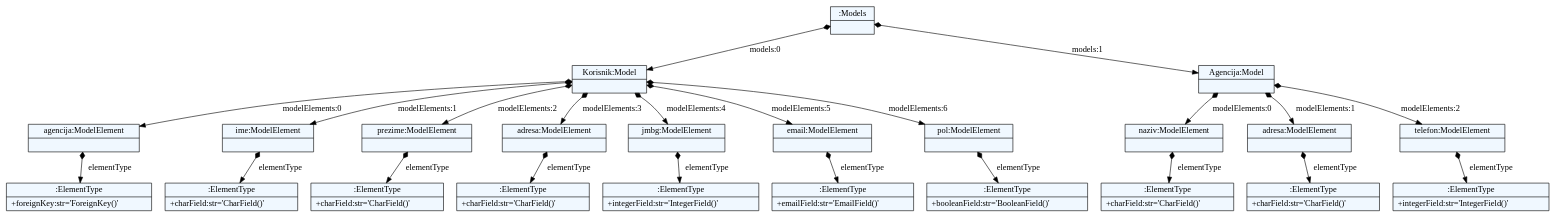
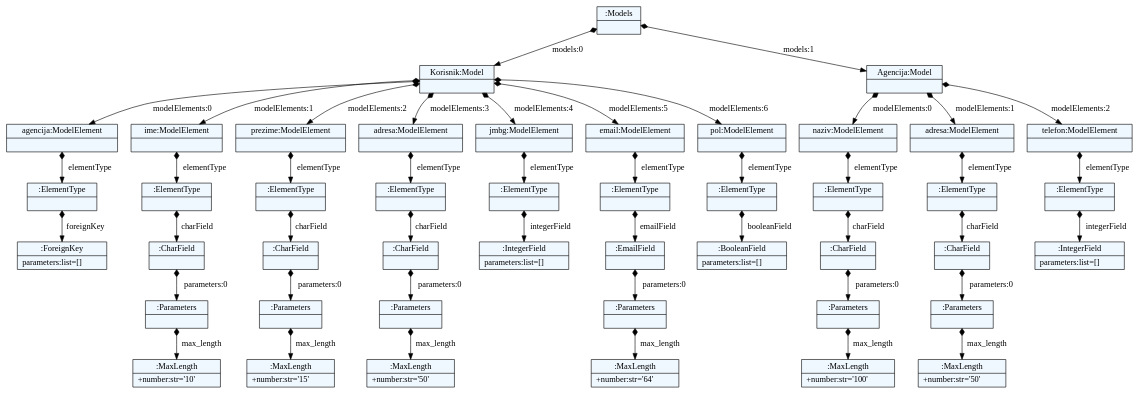
Before and after one commit to jovana992/jsd2017: the diagram in JSD/test.dot, drawn with Graphviz. The commit also changed 4 other files, not shown here.

Commit message:
Added max_length parameter for elementTypes.

```diff
--- a/JSD/test.dot
+++ b/JSD/test.dot
@@ -1,60 +1,104 @@
 
     digraph xtext {
     fontname = "Bitstream Vera Sans"
     fontsize = 8
     node[
         shape=record,
         style=filled,
         fillcolor=aliceblue
     ]
     nodesep = 0.3
     edge[dir=black,arrowtail=empty]
 
 
-1345904507928 -> 1345904508376 [label="models:0" arrowtail=diamond dir=both]
-1345904508376 -> 1345904496712 [label="modelElements:0" arrowtail=diamond dir=both]
-1345904496712 -> 1345904496880 [label="elementType" arrowtail=diamond dir=both]
-1345904496880[label="{:ElementType|+foreignKey:str='ForeignKey()'\l}"]
-1345904496712[label="{agencija:ModelElement|}"]
-1345904508376 -> 1345904496768 [label="modelElements:1" arrowtail=diamond dir=both]
-1345904496768 -> 1345904497048 [label="elementType" arrowtail=diamond dir=both]
-1345904497048[label="{:ElementType|+charField:str='CharField()'\l}"]
-1345904496768[label="{ime:ModelElement|}"]
-1345904508376 -> 1345904496824 [label="modelElements:2" arrowtail=diamond dir=both]
-1345904496824 -> 1345904497160 [label="elementType" arrowtail=diamond dir=both]
-1345904497160[label="{:ElementType|+charField:str='CharField()'\l}"]
-1345904496824[label="{prezime:ModelElement|}"]
-1345904508376 -> 1345904496936 [label="modelElements:3" arrowtail=diamond dir=both]
-1345904496936 -> 1345904497272 [label="elementType" arrowtail=diamond dir=both]
-1345904497272[label="{:ElementType|+charField:str='CharField()'\l}"]
-1345904496936[label="{adresa:ModelElement|}"]
-1345904508376 -> 1345904496992 [label="modelElements:4" arrowtail=diamond dir=both]
-1345904496992 -> 1345904497384 [label="elementType" arrowtail=diamond dir=both]
-1345904497384[label="{:ElementType|+integerField:str='IntegerField()'\l}"]
-1345904496992[label="{jmbg:ModelElement|}"]
-1345904508376 -> 1345904497104 [label="modelElements:5" arrowtail=diamond dir=both]
-1345904497104 -> 1345904497496 [label="elementType" arrowtail=diamond dir=both]
-1345904497496[label="{:ElementType|+emailField:str='EmailField()'\l}"]
-1345904497104[label="{email:ModelElement|}"]
-1345904508376 -> 1345904497216 [label="modelElements:6" arrowtail=diamond dir=both]
-1345904497216 -> 1345904497608 [label="elementType" arrowtail=diamond dir=both]
-1345904497608[label="{:ElementType|+booleanField:str='BooleanField()'\l}"]
-1345904497216[label="{pol:ModelElement|}"]
-1345904508376[label="{Korisnik:Model|}"]
-1345904507928 -> 1345904485824 [label="models:1" arrowtail=diamond dir=both]
-1345904485824 -> 1345904497328 [label="modelElements:0" arrowtail=diamond dir=both]
-1345904497328 -> 1345904497664 [label="elementType" arrowtail=diamond dir=both]
-1345904497664[label="{:ElementType|+charField:str='CharField()'\l}"]
-1345904497328[label="{naziv:ModelElement|}"]
-1345904485824 -> 1345904497552 [label="modelElements:1" arrowtail=diamond dir=both]
-1345904497552 -> 1345904497888 [label="elementType" arrowtail=diamond dir=both]
-1345904497888[label="{:ElementType|+charField:str='CharField()'\l}"]
-1345904497552[label="{adresa:ModelElement|}"]
-1345904485824 -> 1345904497720 [label="modelElements:2" arrowtail=diamond dir=both]
-1345904497720 -> 1345904498000 [label="elementType" arrowtail=diamond dir=both]
-1345904498000[label="{:ElementType|+integerField:str='IntegerField()'\l}"]
-1345904497720[label="{telefon:ModelElement|}"]
-1345904485824[label="{Agencija:Model|}"]
-1345904507928[label="{:Models|}"]
+1212414466872 -> 1212414467208 [label="models:0" arrowtail=diamond dir=both]
+1212414467208 -> 1212414460592 [label="modelElements:0" arrowtail=diamond dir=both]
+1212414460592 -> 1212414460368 [label="elementType" arrowtail=diamond dir=both]
+1212414460368 -> 1212414460536 [label="foreignKey" arrowtail=diamond dir=both]
+1212414460536[label="{:ForeignKey|parameters:list=[]\l}"]
+1212414460368[label="{:ElementType|}"]
+1212414460592[label="{agencija:ModelElement|}"]
+1212414467208 -> 1212414460200 [label="modelElements:1" arrowtail=diamond dir=both]
+1212414460200 -> 1212414460648 [label="elementType" arrowtail=diamond dir=both]
+1212414460648 -> 1212414460760 [label="charField" arrowtail=diamond dir=both]
+1212414460760 -> 1212414460984 [label="parameters:0" arrowtail=diamond dir=both]
+1212414460984 -> 1212414461096 [label="max_length" arrowtail=diamond dir=both]
+1212414461096[label="{:MaxLength|+number:str='10'\l}"]
+1212414460984[label="{:Parameters|}"]
+1212414460760[label="{:CharField|}"]
+1212414460648[label="{:ElementType|}"]
+1212414460200[label="{ime:ModelElement|}"]
+1212414467208 -> 1212414460256 [label="modelElements:2" arrowtail=diamond dir=both]
+1212414460256 -> 1212414460816 [label="elementType" arrowtail=diamond dir=both]
+1212414460816 -> 1212414460928 [label="charField" arrowtail=diamond dir=both]
+1212414460928 -> 1212414461320 [label="parameters:0" arrowtail=diamond dir=both]
+1212414461320 -> 1212414461376 [label="max_length" arrowtail=diamond dir=both]
+1212414461376[label="{:MaxLength|+number:str='15'\l}"]
+1212414461320[label="{:Parameters|}"]
+1212414460928[label="{:CharField|}"]
+1212414460816[label="{:ElementType|}"]
+1212414460256[label="{prezime:ModelElement|}"]
+1212414467208 -> 1212414460424 [label="modelElements:3" arrowtail=diamond dir=both]
+1212414460424 -> 1212414461040 [label="elementType" arrowtail=diamond dir=both]
+1212414461040 -> 1212414461208 [label="charField" arrowtail=diamond dir=both]
+1212414461208 -> 1212414461600 [label="parameters:0" arrowtail=diamond dir=both]
+1212414461600 -> 1212414461656 [label="max_length" arrowtail=diamond dir=both]
+1212414461656[label="{:MaxLength|+number:str='50'\l}"]
+1212414461600[label="{:Parameters|}"]
+1212414461208[label="{:CharField|}"]
+1212414461040[label="{:ElementType|}"]
+1212414460424[label="{adresa:ModelElement|}"]
+1212414467208 -> 1212414460704 [label="modelElements:4" arrowtail=diamond dir=both]
+1212414460704 -> 1212414461264 [label="elementType" arrowtail=diamond dir=both]
+1212414461264 -> 1212414461488 [label="integerField" arrowtail=diamond dir=both]
+1212414461488[label="{:IntegerField|parameters:list=[]\l}"]
+1212414461264[label="{:ElementType|}"]
+1212414460704[label="{jmbg:ModelElement|}"]
+1212414467208 -> 1212414460872 [label="modelElements:5" arrowtail=diamond dir=both]
+1212414460872 -> 1212414461544 [label="elementType" arrowtail=diamond dir=both]
+1212414461544 -> 1212414461768 [label="emailField" arrowtail=diamond dir=both]
+1212414461768 -> 1212414461992 [label="parameters:0" arrowtail=diamond dir=both]
+1212414461992 -> 1212414462104 [label="max_length" arrowtail=diamond dir=both]
+1212414462104[label="{:MaxLength|+number:str='64'\l}"]
+1212414461992[label="{:Parameters|}"]
+1212414461768[label="{:EmailField|}"]
+1212414461544[label="{:ElementType|}"]
+1212414460872[label="{email:ModelElement|}"]
+1212414467208 -> 1212414461152 [label="modelElements:6" arrowtail=diamond dir=both]
+1212414461152 -> 1212414461880 [label="elementType" arrowtail=diamond dir=both]
+1212414461880 -> 1212414438592 [label="booleanField" arrowtail=diamond dir=both]
+1212414438592[label="{:BooleanField|parameters:list=[]\l}"]
+1212414461880[label="{:ElementType|}"]
+1212414461152[label="{pol:ModelElement|}"]
+1212414467208[label="{Korisnik:Model|}"]
+1212414466872 -> 1212414467264 [label="models:1" arrowtail=diamond dir=both]
+1212414467264 -> 1212414461432 [label="modelElements:0" arrowtail=diamond dir=both]
+1212414461432 -> 1212414461936 [label="elementType" arrowtail=diamond dir=both]
+1212414461936 -> 1212414462216 [label="charField" arrowtail=diamond dir=both]
+1212414462216 -> 1212414462440 [label="parameters:0" arrowtail=diamond dir=both]
+1212414462440 -> 1212414462552 [label="max_length" arrowtail=diamond dir=both]
+1212414462552[label="{:MaxLength|+number:str='100'\l}"]
+1212414462440[label="{:Parameters|}"]
+1212414462216[label="{:CharField|}"]
+1212414461936[label="{:ElementType|}"]
+1212414461432[label="{naziv:ModelElement|}"]
+1212414467264 -> 1212414461824 [label="modelElements:1" arrowtail=diamond dir=both]
+1212414461824 -> 1212414462328 [label="elementType" arrowtail=diamond dir=both]
+1212414462328 -> 1212414462384 [label="charField" arrowtail=diamond dir=both]
+1212414462384 -> 1212414462776 [label="parameters:0" arrowtail=diamond dir=both]
+1212414462776 -> 1212414462832 [label="max_length" arrowtail=diamond dir=both]
+1212414462832[label="{:MaxLength|+number:str='50'\l}"]
+1212414462776[label="{:Parameters|}"]
+1212414462384[label="{:CharField|}"]
+1212414462328[label="{:ElementType|}"]
+1212414461824[label="{adresa:ModelElement|}"]
+1212414467264 -> 1212414462048 [label="modelElements:2" arrowtail=diamond dir=both]
+1212414462048 -> 1212414462496 [label="elementType" arrowtail=diamond dir=both]
+1212414462496 -> 1212414462664 [label="integerField" arrowtail=diamond dir=both]
+1212414462664[label="{:IntegerField|parameters:list=[]\l}"]
+1212414462496[label="{:ElementType|}"]
+1212414462048[label="{telefon:ModelElement|}"]
+1212414467264[label="{Agencija:Model|}"]
+1212414466872[label="{:Models|}"]
 
 }
```
